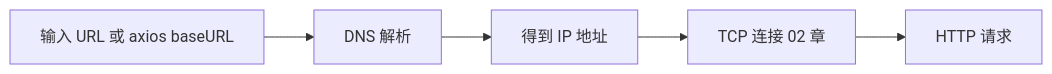
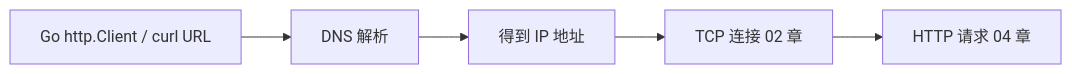
One commit to moqix26/study changed the first of 6 diagrams in 前端学习/计算机网络/03-IP地址与DNS解析.md. Above: the diagram before and after it, drawn with Mermaid. The commit also changed other lines of this file and 10 other files, not shown here.

````diff
--- a/前端学习/计算机网络/03-IP地址与DNS解析.md
+++ b/前端学习/计算机网络/03-IP地址与DNS解析.md
@@ -107,9 +88,9 @@
 ```mermaid
 flowchart LR
-    URL[输入 URL 或 axios baseURL]
+    URL[Go http.Client / curl URL]
     DNS[DNS 解析]
     IP[得到 IP 地址]
     TCP[TCP 连接 02 章]
-    HTTP[HTTP 请求]
+    HTTP[HTTP 请求 04 章]
     URL --> DNS --> IP --> TCP --> HTTP
 ```
````
